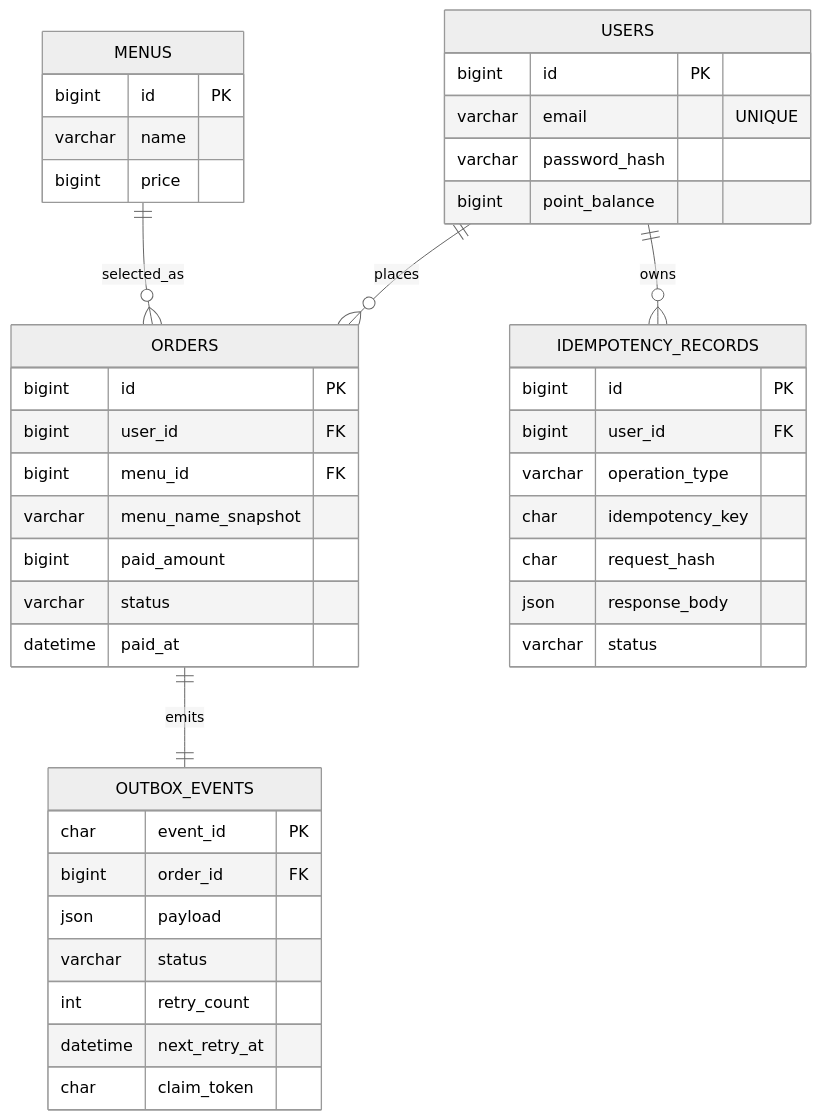
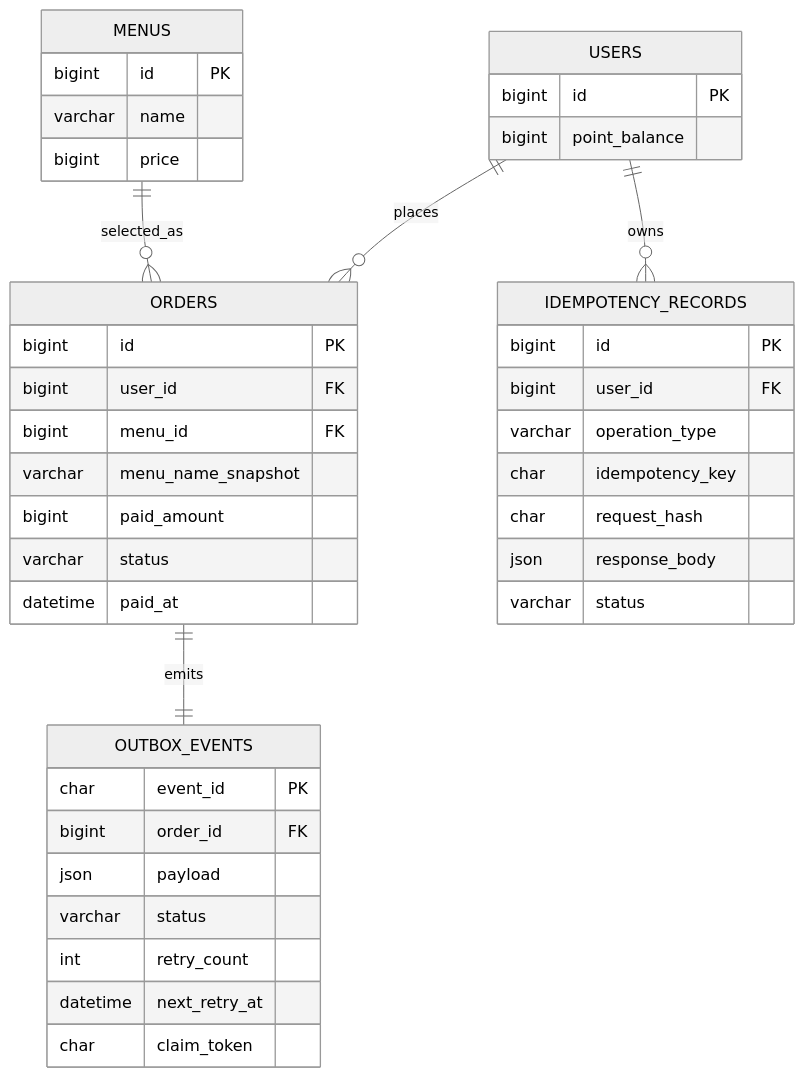
Before and after one commit to 0younge/coffee-order-system: the diagram in README.md, drawn with Mermaid (neutral theme). The commit also changed other lines of this file and 13 other files, not shown here.

````diff
--- a/README.md
+++ b/README.md
@@ -24,50 +24,48 @@
 ```mermaid
 erDiagram
     USERS ||--o{ ORDERS : places
     MENUS ||--o{ ORDERS : selected_as
     USERS ||--o{ IDEMPOTENCY_RECORDS : owns
     ORDERS ||--|| OUTBOX_EVENTS : emits
 
     USERS {
         bigint id PK
-        varchar email "UNIQUE"
-        varchar password_hash
         bigint point_balance
     }
 
     MENUS {
         bigint id PK
         varchar name
         bigint price
     }
 
     ORDERS {
         bigint id PK
         bigint user_id FK
         bigint menu_id FK
         varchar menu_name_snapshot
         bigint paid_amount
         varchar status
         datetime paid_at
     }
 
     IDEMPOTENCY_RECORDS {
         bigint id PK
         bigint user_id FK
         varchar operation_type
         char idempotency_key
         char request_hash
         json response_body
         varchar status
     }
 
     OUTBOX_EVENTS {
         char event_id PK
         bigint order_id FK
         json payload
         varchar status
         int retry_count
         datetime next_retry_at
         char claim_token
     }
 ```
````
